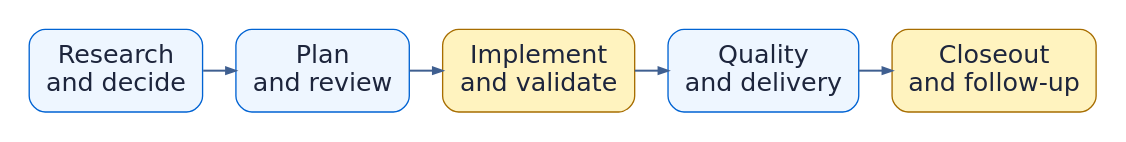
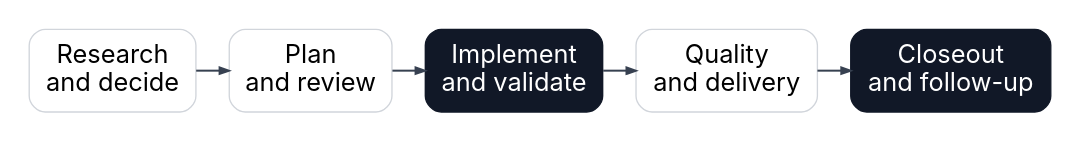
The diagram in packages/runtime/plugin/plugin-workflow/diagrams/workflow-lifecycle.dot (xonovex/platform), drawn with Graphviz before and after one commit. The commit also changed 15 other files, not shown here.

Commit message:
docs: define Xonovex design and theme workflow diagrams

```diff
--- a/packages/runtime/plugin/plugin-workflow/diagrams/workflow-lifecycle.dot
+++ b/packages/runtime/plugin/plugin-workflow/diagrams/workflow-lifecycle.dot
@@ -1,13 +1,13 @@
 digraph diagram {
-  graph [bgcolor="white", rankdir=LR, pad=0.2, nodesep=0.25, ranksep=0.35, splines=polyline]
-  node [shape=box, style="rounded,filled", fontname="DejaVu Sans", fontsize=19, color="#0063d3", fillcolor="#eef6ff", fontcolor="#1d253c", margin="0.17,0.14"]
-  edge [color="#3f5f90", penwidth=1.5, arrowsize=0.7]
+  graph [bgcolor="white", rankdir=LR, pad=0.2, nodesep=0.25, ranksep=0.35, splines=polyline, fontname="Space Grotesk,sans-serif", fontcolor="#000000"]
+  node [shape=box, style="rounded,filled", fontname="Inter,sans-serif", fontsize=19, color="#d1d5db", fillcolor="#ffffff", fontcolor="#000000", margin="0.17,0.14"]
+  edge [fontname="Inter,sans-serif", color="#374151", penwidth=1.5, arrowsize=0.7]
 
   research [label="Research\nand decide"]
   plan [label="Plan\nand review"]
-  cycle [label="Implement\nand validate", fillcolor="#fff3bf", color="#a76d00"]
+  cycle [label="Implement\nand validate", fillcolor="#111827", color="#111827", fontcolor="#ffffff"]
   quality [label="Quality\nand delivery"]
-  done [label="Closeout\nand follow-up", fillcolor="#fff3bf", color="#a76d00"]
+  done [label="Closeout\nand follow-up", fillcolor="#111827", color="#111827", fontcolor="#ffffff"]
 
   research -> plan -> cycle -> quality -> done
 }
```
